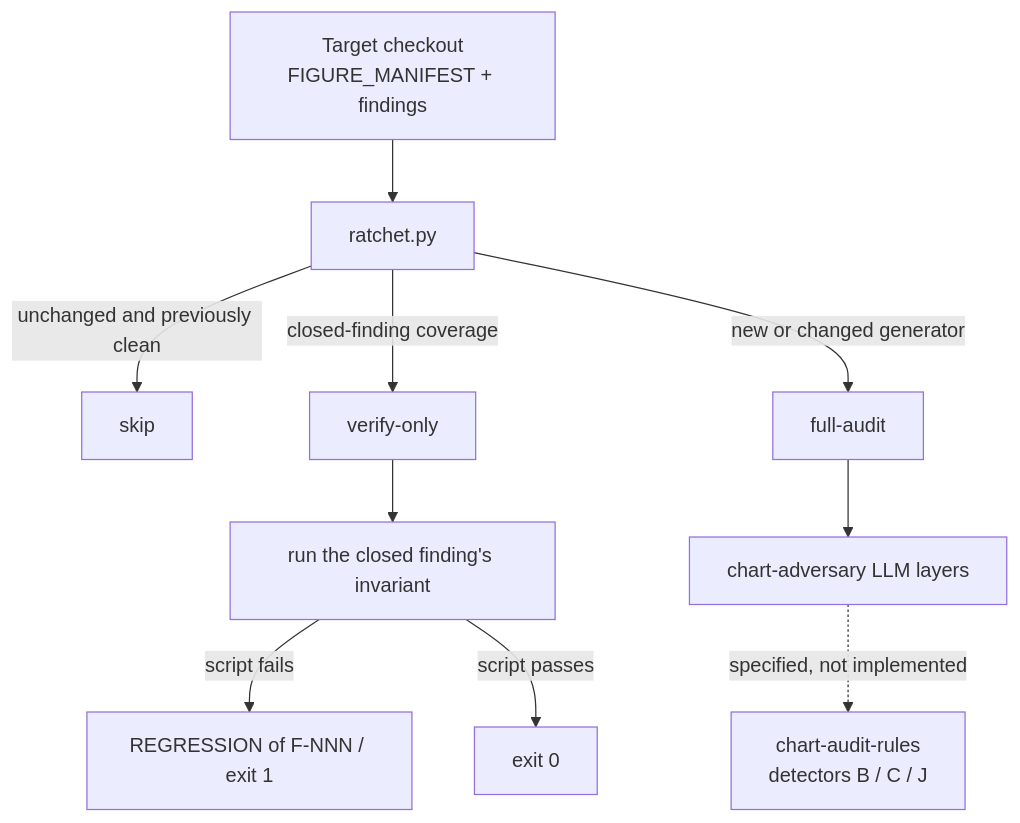
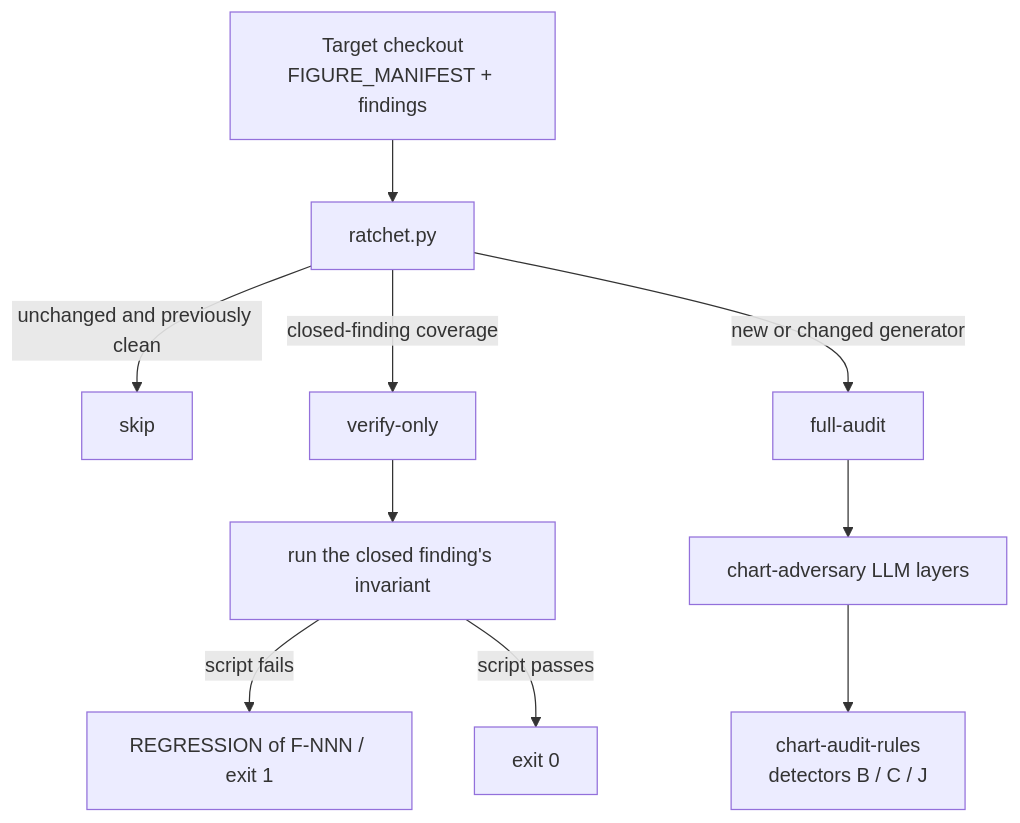
Before and after one commit to RafaelBraga-Kribitz/Chart_Audit_Framework: the diagram in README.md, drawn with Mermaid. The commit also changed other lines of this file and 5 other files, not shown here.

````diff
--- a/README.md
+++ b/README.md
@@ -14,12 +14,12 @@
 ```mermaid
 flowchart TD
   T[Target checkout<br/>FIGURE_MANIFEST + findings] --> R[ratchet.py]
   R -->|unchanged and previously clean| S[skip]
   R -->|closed-finding coverage| V[verify-only]
   R -->|new or changed generator| A[full-audit]
   V --> I[run the closed finding's invariant]
   I -->|script fails| X[REGRESSION of F-NNN / exit 1]
   I -->|script passes| P[exit 0]
   A --> L[chart-adversary LLM layers]
-  L -.->|specified, not implemented| D[chart-audit-rules<br/>detectors B / C / J]
+  L --> D[chart-audit-rules<br/>detectors B / C / J]
 ```
````
